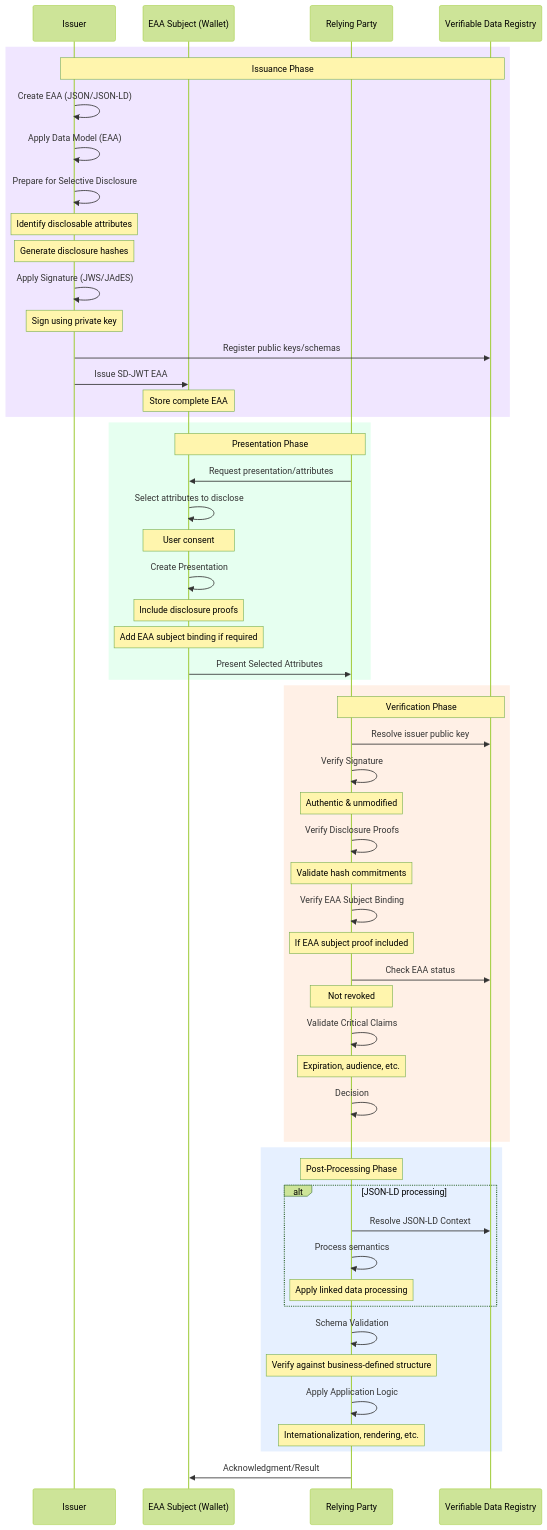
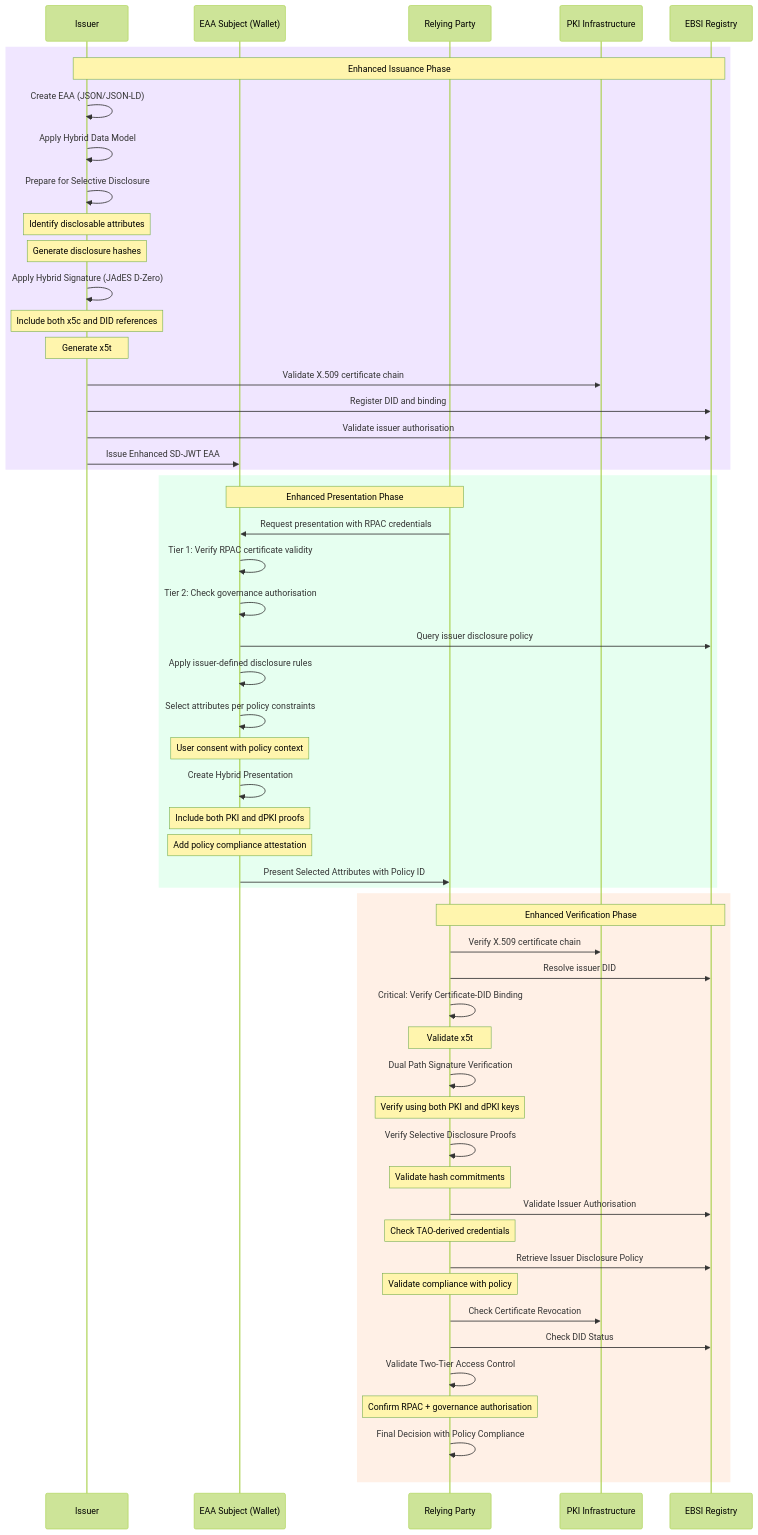
The diagram in sectorial-rulebook/information-disclosure.md (dc4eu/educational-pilot), drawn with Mermaid (forest theme) before and after one commit. The commit also changed other lines of this file, not shown here.

````diff
--- a/sectorial-rulebook/information-disclosure.md
+++ b/sectorial-rulebook/information-disclosure.md
@@ -52,79 +260,74 @@
 ```mermaid
-
 sequenceDiagram
     participant I as Issuer
     participant ES as EAA Subject (Wallet)
     participant RP as Relying Party
-    participant VDR as Verifiable Data Registry
+    participant PKI as PKI Infrastructure
+    participant EBSI as EBSI Registry
     
     rect rgb(240, 230, 255)
-    Note over I, VDR: Issuance Phase
+    Note over I, EBSI: Enhanced Issuance Phase
     
     I->>I: Create EAA (JSON/JSON-LD)
-    I->>I: Apply Data Model (EAA)
+    I->>I: Apply Hybrid Data Model
     I->>I: Prepare for Selective Disclosure
     Note over I: Identify disclosable attributes
     Note over I: Generate disclosure hashes
     
-    I->>I: Apply Signature (JWS/JAdES)
-    Note over I: Sign using private key
+    I->>I: Apply Hybrid Signature (JAdES D-Zero)
+    Note over I: Include both x5c and DID references
+    Note over I: Generate x5t#S256 binding
     
-    I->>VDR: Register public keys/schemas
-    I->>ES: Issue SD-JWT EAA
-    Note over ES: Store complete EAA
+    I->>PKI: Validate X.509 certificate chain
+    I->>EBSI: Register DID and binding
+    I->>EBSI: Validate issuer authorisation
+    I->>ES: Issue Enhanced SD-JWT EAA
     end
     
     rect rgb(230, 255, 240)
-    Note over ES, RP: Presentation Phase
+    Note over ES, RP: Enhanced Presentation Phase
     
-    RP->>ES: Request presentation/attributes
-    ES->>ES: Select attributes to disclose
-    Note over ES: User consent
+    RP->>ES: Request presentation with RPAC credentials
+    ES->>ES: Tier 1: Verify RPAC certificate validity
+    ES->>ES: Tier 2: Check governance authorisation
+    ES->>EBSI: Query issuer disclosure policy
+    ES->>ES: Apply issuer-defined disclosure rules
+    ES->>ES: Select attributes per policy constraints
+    Note over ES: User consent with policy context
     
-    ES->>ES: Create Presentation
-    Note over ES: Include disclosure proofs
-    Note over ES: Add EAA subject binding if required
+    ES->>ES: Create Hybrid Presentation
+    Note over ES: Include both PKI and dPKI proofs
+    Note over ES: Add policy compliance attestation
     
-    ES->>RP: Present Selected Attributes
+    ES->>RP: Present Selected Attributes with Policy ID
     end
     
     rect rgb(255, 240, 230)
-    Note over RP, VDR: Verification Phase
+    Note over RP, EBSI: Enhanced Verification Phase
     
-    RP->>VDR: Resolve issuer public key
-    RP->>RP: Verify Signature
-    Note over RP: Authentic & unmodified
+    RP->>PKI: Verify X.509 certificate chain
+    RP->>EBSI: Resolve issuer DID
+    RP->>RP: Critical: Verify Certificate-DID Binding
+    Note over RP: Validate x5t#S256 hash consistency
     
-    RP->>RP: Verify Disclosure Proofs
+    RP->>RP: Dual Path Signature Verification
+    Note over RP: Verify using both PKI and dPKI keys
+    
+    RP->>RP: Verify Selective Disclosure Proofs
     Note over RP: Validate hash commitments
     
-    RP->>RP: Verify EAA Subject Binding
-    Note over RP: If EAA subject proof included
+    RP->>EBSI: Validate Issuer Authorisation
+    Note over RP: Check TAO-derived credentials
     
-    RP->>VDR: Check EAA status
-    Note over RP: Not revoked
+    RP->>EBSI: Retrieve Issuer Disclosure Policy
+    Note over RP: Validate compliance with policy
     
-    RP->>RP: Validate Critical Claims
-    Note over RP: Expiration, audience, etc.
+    RP->>PKI: Check Certificate Revocation
+    RP->>EBSI: Check DID Status
     
-    RP->>RP: Decision
+    RP->>RP: Validate Two-Tier Access Control
+    Note over RP: Confirm RPAC + governance authorisation
+    
+    RP->>RP: Final Decision with Policy Compliance
     end
-    
-    rect rgb(230, 240, 255)
-    Note over RP: Post-Processing Phase
-    
-    alt JSON-LD processing
-        RP->>VDR: Resolve JSON-LD Context
-        RP->>RP: Process semantics
-        Note over RP: Apply linked data processing
-    end
-    
-    RP->>RP: Schema Validation
-    Note over RP: Verify against business-defined structure
-    
-    RP->>RP: Apply Application Logic
-    Note over RP: Internationalization, rendering, etc.
-    end
-    
-    RP->>ES: Acknowledgment/Result
 ```
````
